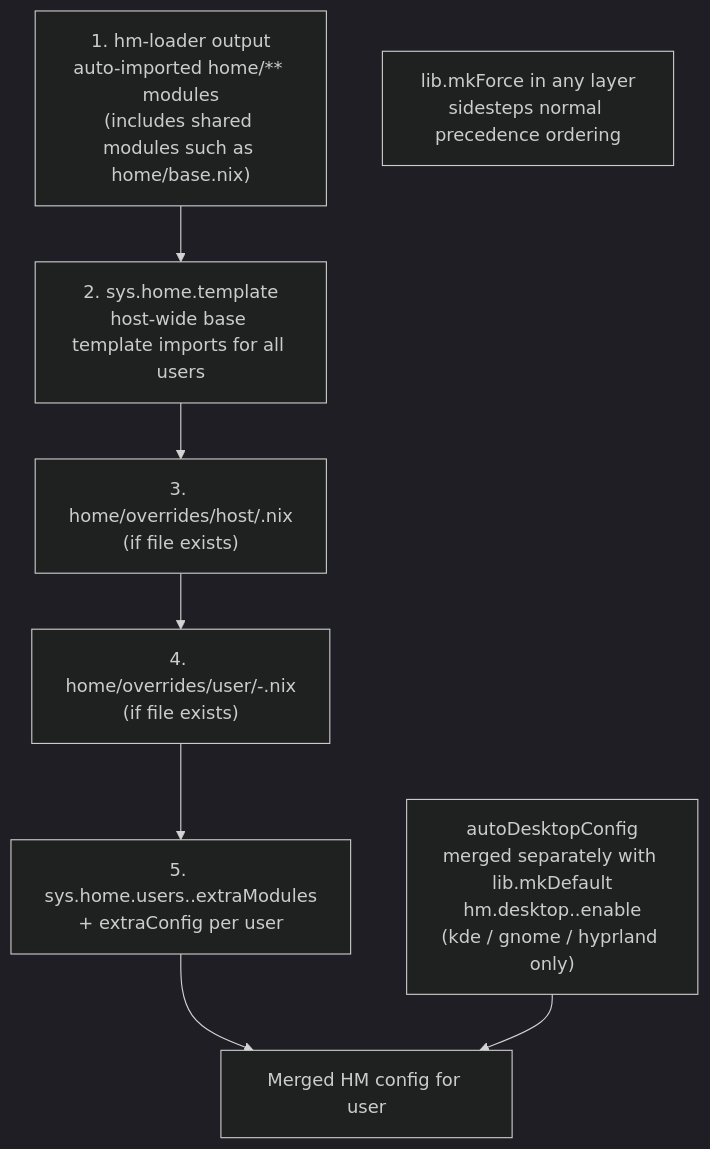
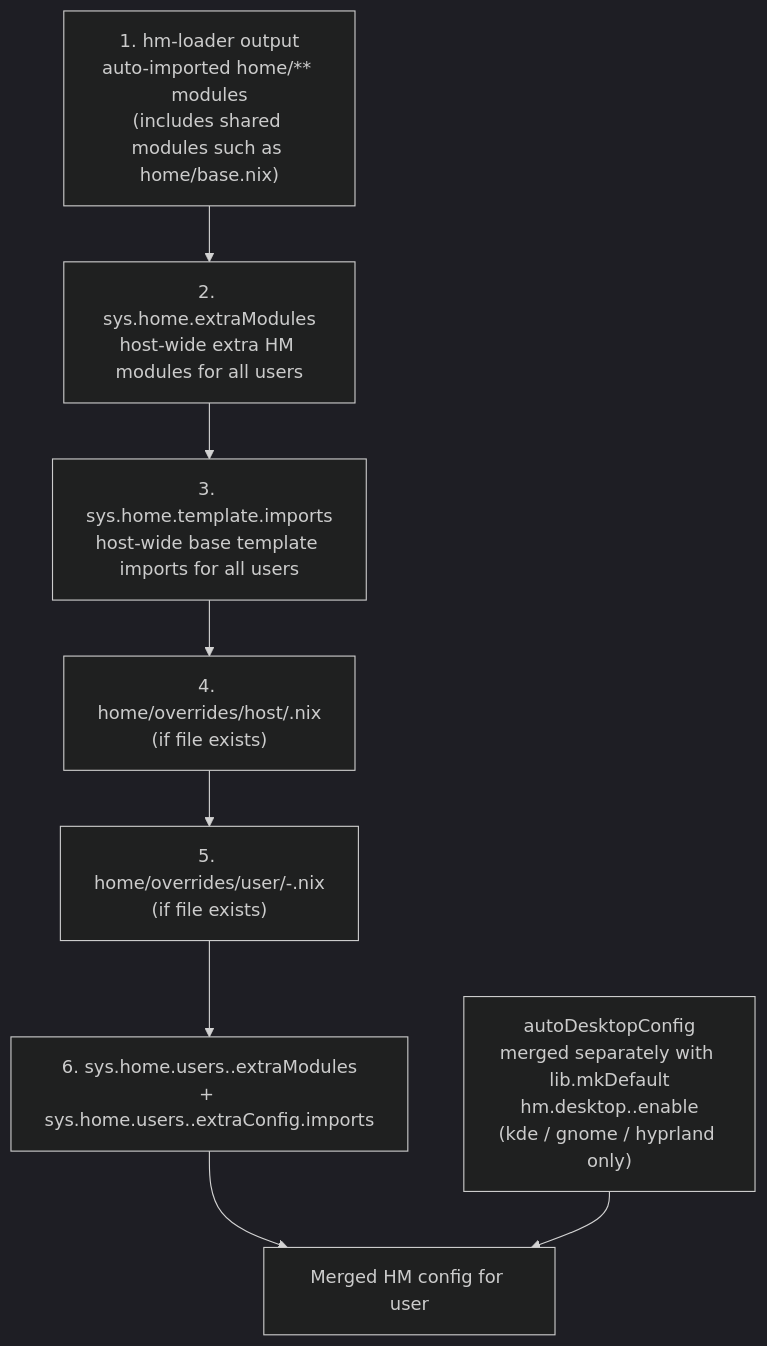
One commit to telometto/nix-config changed the seventh of 10 diagrams in docs/Project_Architecture_Blueprint.md. Above: the diagram before and after it, drawn with Mermaid (dark theme). The commit also changed other lines of this file, not shown here.

Commit message:
📝 docs: enhance Home Manager import and merge order explanation in Project_Architecture_Blueprint.md

````diff
--- a/docs/Project_Architecture_Blueprint.md
+++ b/docs/Project_Architecture_Blueprint.md
@@ -296,12 +297,12 @@
 ```mermaid
 flowchart TD
     L1["1. hm-loader output\nauto-imported home/** modules\n(includes shared modules such as home/base.nix)"]
-    L2["2. sys.home.template\nhost-wide base template imports for all users"]
-    L3["3. home/overrides/host/<hostname>.nix\n(if file exists)"]
-    L4["4. home/overrides/user/<username>-<hostname>.nix\n(if file exists)"]
-    L5["5. sys.home.users.<name>.extraModules\n+ extraConfig per user"]
+    L2["2. sys.home.extraModules\nhost-wide extra HM modules for all users"]
+    L3["3. sys.home.template.imports\nhost-wide base template imports for all users"]
+    L4["4. home/overrides/host/<hostname>.nix\n(if file exists)"]
+    L5["5. home/overrides/user/<username>-<hostname>.nix\n(if file exists)"]
+    L6["6. sys.home.users.<name>.extraModules\n+ sys.home.users.<name>.extraConfig.imports"]
     AD["autoDesktopConfig\nmerged separately with lib.mkDefault\nhm.desktop.<flavor>.enable\n(kde / gnome / hyprland only)"]
-    L1 --> L2 --> L3 --> L4 --> L5 --> OUT[Merged HM config for user]
+    L1 --> L2 --> L3 --> L4 --> L5 --> L6 --> OUT[Merged HM config for user]
     AD --> OUT
-    NOTE["lib.mkForce in any layer\nsidesteps normal precedence ordering"]
 ```
````
